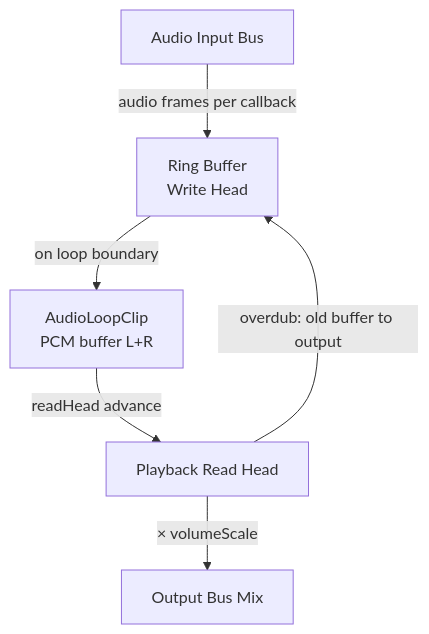
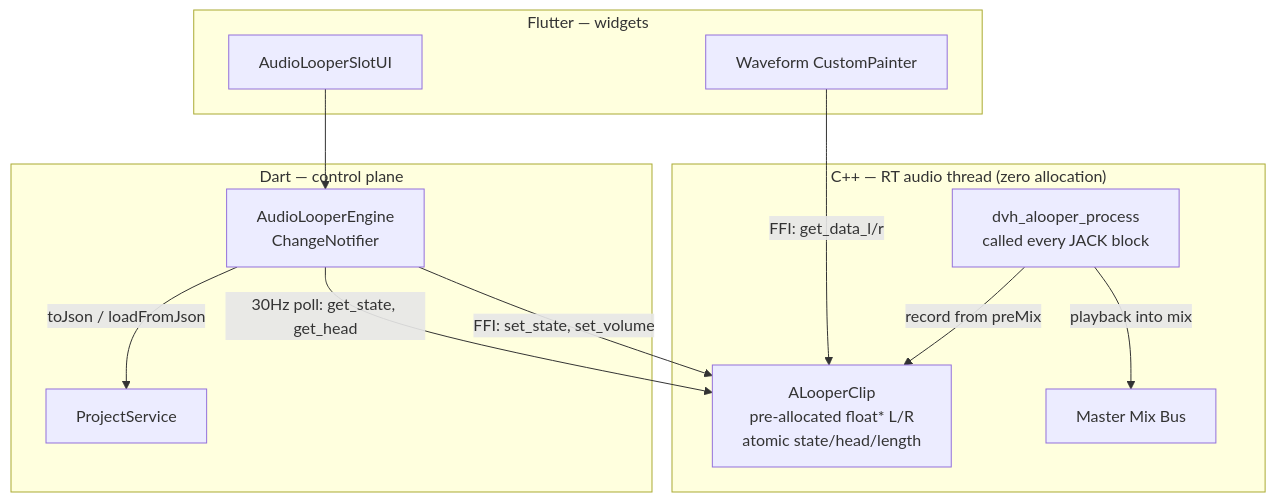
The third of 4 diagrams in docs/dev/ROADMAP.md (yakari/grooveforge), drawn with Mermaid before and after one commit. The commit also changed other lines of this file and 11 other files, not shown here.

First line of the commit message:
feat: enhance audio looper functionality and integration

````diff
--- a/docs/dev/ROADMAP.md
+++ b/docs/dev/ROADMAP.md
@@ -530,8 +530,23 @@
 ```mermaid
 graph TD
-    IN[Audio Input Bus] -->|audio frames per callback| WH[Ring Buffer\nWrite Head]
-    WH -->|on loop boundary| CLIP[AudioLoopClip\nPCM buffer L+R]
-    CLIP -->|readHead advance| RH[Playback Read Head]
-    RH -->|× volumeScale| MIX[Output Bus Mix]
-    RH -->|overdub: old buffer to output| WH
+    subgraph Native["C++ — RT audio thread (zero allocation)"]
+        CLIP[ALooperClip\npre-allocated float* L/R\natomic state/head/length]
+        PROC[dvh_alooper_process\ncalled every JACK block]
+        PROC -->|record from preMix| CLIP
+        PROC -->|playback into mix| MIX[Master Mix Bus]
+    end
+
+    subgraph Dart["Dart — control plane"]
+        ENGINE[AudioLooperEngine\nChangeNotifier]
+        ENGINE -->|FFI: set_state, set_volume| CLIP
+        ENGINE -->|30Hz poll: get_state, get_head| CLIP
+        ENGINE -->|toJson / loadFromJson| PROJ[ProjectService]
+    end
+
+    subgraph UI["Flutter — widgets"]
+        CARD[AudioLooperSlotUI]
+        WAVE[Waveform CustomPainter]
+        CARD --> ENGINE
+        WAVE -->|FFI: get_data_l/r| CLIP
+    end
 ```
````
